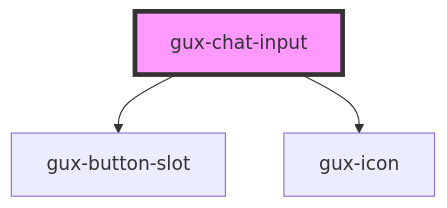
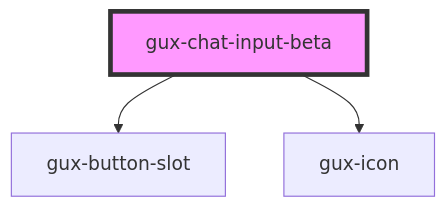
Before and after one commit to MyPureCloud/genesys-spark: the diagram in packages/genesys-spark-components/src/components/beta/gux-chat-input/readme.md, drawn with Mermaid. The commit also changed other lines of this file and 5 other files, not shown here.

First line of the commit message:
feat(chat-input-beta): Fixed up CTA logic, code cleanup

````diff
--- a/packages/genesys-spark-components/src/components/beta/gux-chat-input/readme.md
+++ b/packages/genesys-spark-components/src/components/beta/gux-chat-input/readme.md
@@ -42,6 +49,6 @@
 ```mermaid
 graph TD;
-  gux-chat-input --> gux-button-slot
-  gux-chat-input --> gux-icon
-  style gux-chat-input fill:#f9f,stroke:#333,stroke-width:4px
+  gux-chat-input-beta --> gux-button-slot
+  gux-chat-input-beta --> gux-icon
+  style gux-chat-input-beta fill:#f9f,stroke:#333,stroke-width:4px
 ```
````
